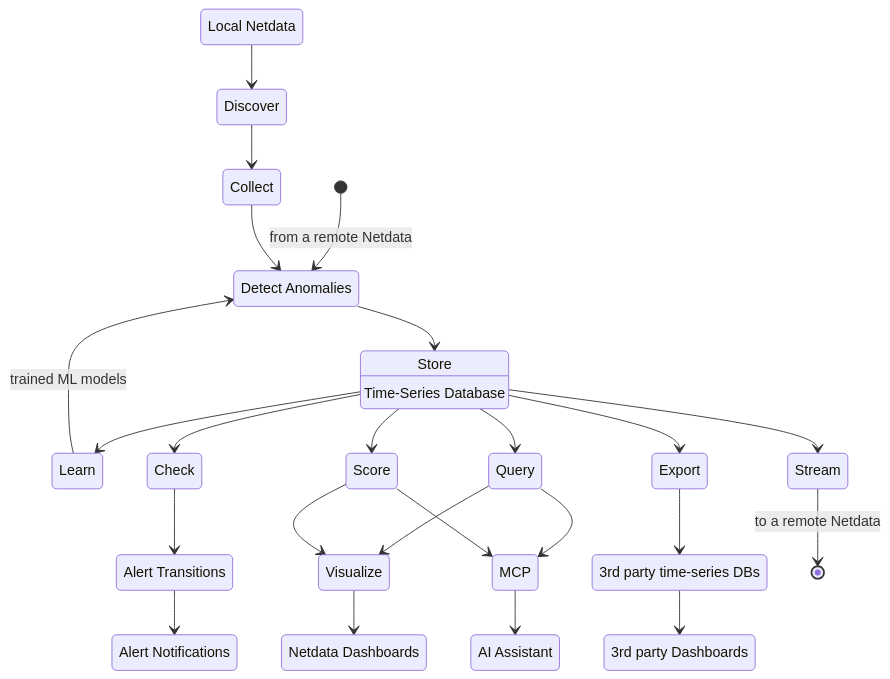
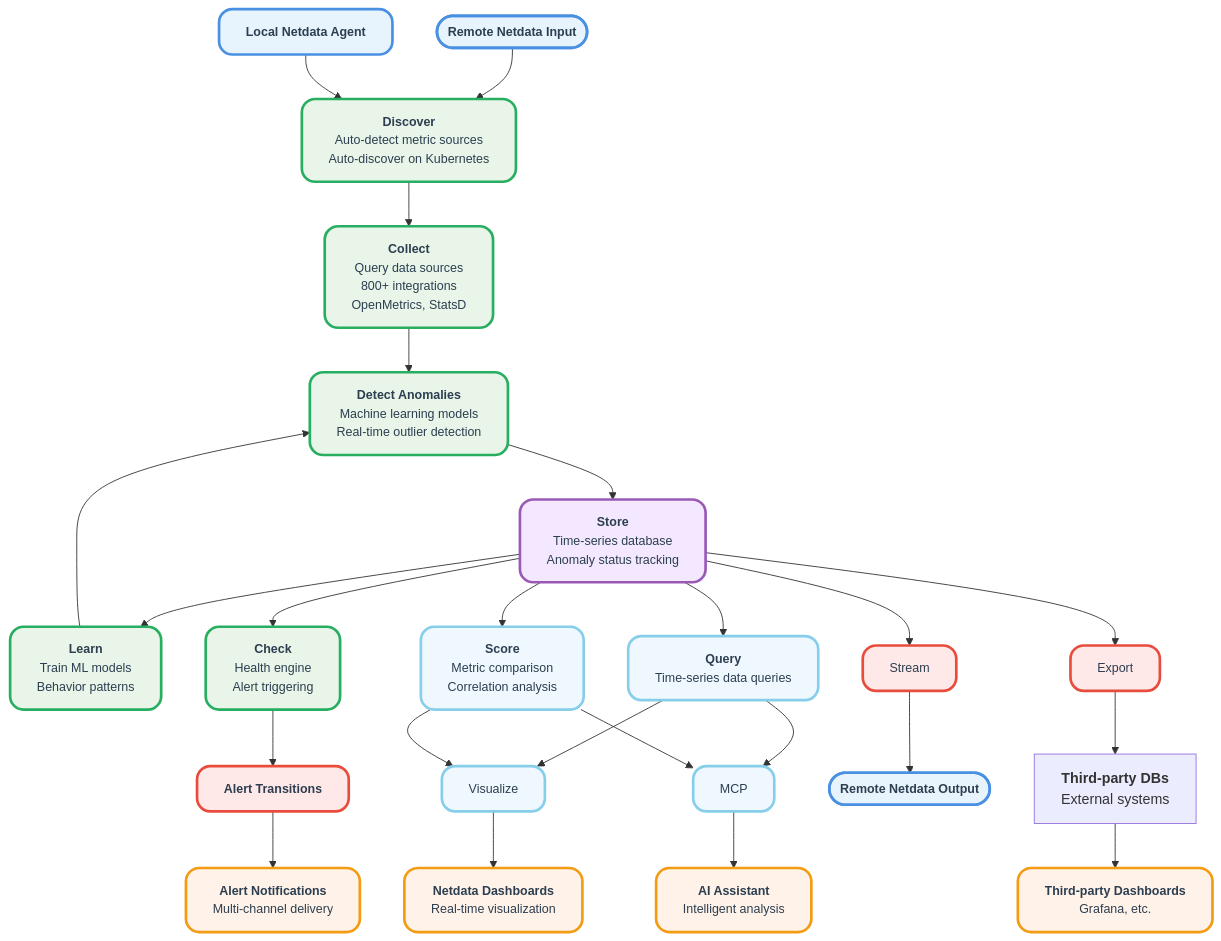
Before and after one commit to netdata/netdata: the diagram in docs/netdata-agent/README.md, drawn with Mermaid. The commit also changed other lines of this file and 9 other files, not shown here.

````diff
--- a/docs/netdata-agent/README.md
+++ b/docs/netdata-agent/README.md
@@ -13,45 +16,56 @@
 ```mermaid
-stateDiagram-v2
-    classDef userFeature fill:#f00,color:white,font-weight:bold,stroke-width:2px,stroke:yellow
-    classDef usedByNC fill:#090,color:white,font-weight:bold,stroke-width:2px,stroke:yellow
-    Local --> Discover
-    Local: Local Netdata
-    [*] --> Detect: from a remote Netdata
-    Others: 3rd party time-series DBs
-    Detect: Detect Anomalies
-    Dashboard:::userFeature
-    Dashboard: Netdata Dashboards
-    AIAssistant:::userFeature
-    AIAssistant: AI Assistant
-    3rdDashboard:::userFeature
-    3rdDashboard: 3rd party Dashboards
-    Notifications:::userFeature
-    Notifications: Alert Notifications
-    Alerts: Alert Transitions
-    Discover --> Collect
-    Collect --> Detect
-    Store: Store
-    Store: Time-Series Database
-    Detect --> Store
-    Store --> Learn
+flowchart TD
+    Start(["<b>Remote Netdata Input</b>"]) --> Discover
+    LocalAgent["<b>Local Netdata Agent</b>"] --> Discover
+    Discover["<b>Discover</b><br/>Auto-detect metric sources<br/>Auto-discover on Kubernetes"] --> Collect
+    Collect["<b>Collect</b><br/>Query data sources<br/>800+ integrations<br/>OpenMetrics, StatsD"] --> Detect
+    Detect["<b>Detect Anomalies</b><br/>Machine learning models<br/>Real-time outlier detection"] --> Store
+    Store["<b>Store</b><br/>Time-series database<br/>Anomaly status tracking"] --> Learn
     Store --> Check
     Store --> Query
     Store --> Score
     Store --> Stream
     Store --> Export
-    Query --> Visualize
+    Learn["<b>Learn</b><br/>Train ML models<br/>Behavior patterns"] --> Detect
+    Check["<b>Check</b><br/>Health engine<br/>Alert triggering"] --> Alerts
+    Query["<b>Query</b><br/>Time-series data queries"] --> Visualize
+    Score["<b>Score</b><br/>Metric comparison<br/>Correlation analysis"] --> Visualize
     Query --> MCP
-    Score --> Visualize
     Score --> MCP
-    Check --> Alerts
-    Learn --> Detect: trained ML models
-    Alerts --> Notifications
-    Stream --> [*]: to a remote Netdata
-    Export --> Others
-    Others --> 3rdDashboard
+    Alerts["<b>Alert Transitions</b>"] --> Notifications
+    Stream --> End(["<b>Remote Netdata Output</b>"])
+    Export --> ThirdParty
     Visualize --> Dashboard
     MCP --> AIAssistant
-    Score:::usedByNC
-    Query:::usedByNC
-    Alerts:::usedByNC
+    ThirdParty["<b>Third-party DBs</b><br/>External systems"] --> ExternalDash
+    Dashboard["<b>Netdata Dashboards</b><br/>Real-time visualization"]
+    AIAssistant["<b>AI Assistant</b><br/>Intelligent analysis"]
+    ExternalDash["<b>Third-party Dashboards</b><br/>Grafana, etc."]
+    Notifications["<b>Alert Notifications</b><br/>Multi-channel delivery"]
+    classDef input fill: #e8f4fd, stroke: #4a90e2, stroke-width: 3px, color: #2c3e50, rx: 15, ry: 15, font-size: 14px
+    classDef process fill: #e8f5e8, stroke: #27ae60, stroke-width: 3px, color: #2c3e50, rx: 15, ry: 15, font-size: 14px
+    classDef storage fill: #f3e8ff, stroke: #9b59b6, stroke-width: 3px, color: #2c3e50, rx: 15, ry: 15, font-size: 14px
+    classDef output fill: #ffe8e8, stroke: #e74c3c, stroke-width: 3px, color: #2c3e50, rx: 15, ry: 15, font-size: 14px
+    classDef userFeature fill: #fff2e8, stroke: #f39c12, stroke-width: 3px, color: #2c3e50, rx: 15, ry: 15, font-size: 14px
+    classDef cloudFeature fill: #f0f8ff, stroke: #87ceeb, stroke-width: 3px, color: #2c3e50, rx: 15, ry: 15, font-size: 14px
+    class Start input
+    class LocalAgent input
+    class End input
+    class Discover process
+    class Collect process
+    class Detect process
+    class Learn process
+    class Check process
+    class Store storage
+    class Stream output
+    class Export output
+    class Alerts output
+    class Dashboard userFeature
+    class AIAssistant userFeature
+    class ExternalDash userFeature
+    class Notifications userFeature
+    class Query cloudFeature
+    class Score cloudFeature
+    class MCP cloudFeature
+    class Visualize cloudFeature
 ```
````
